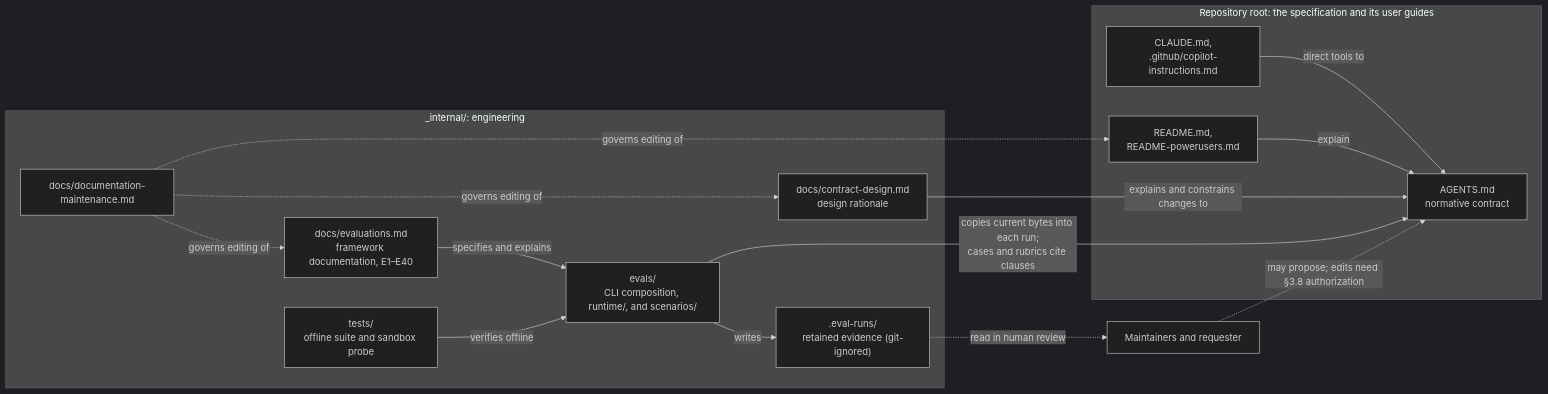
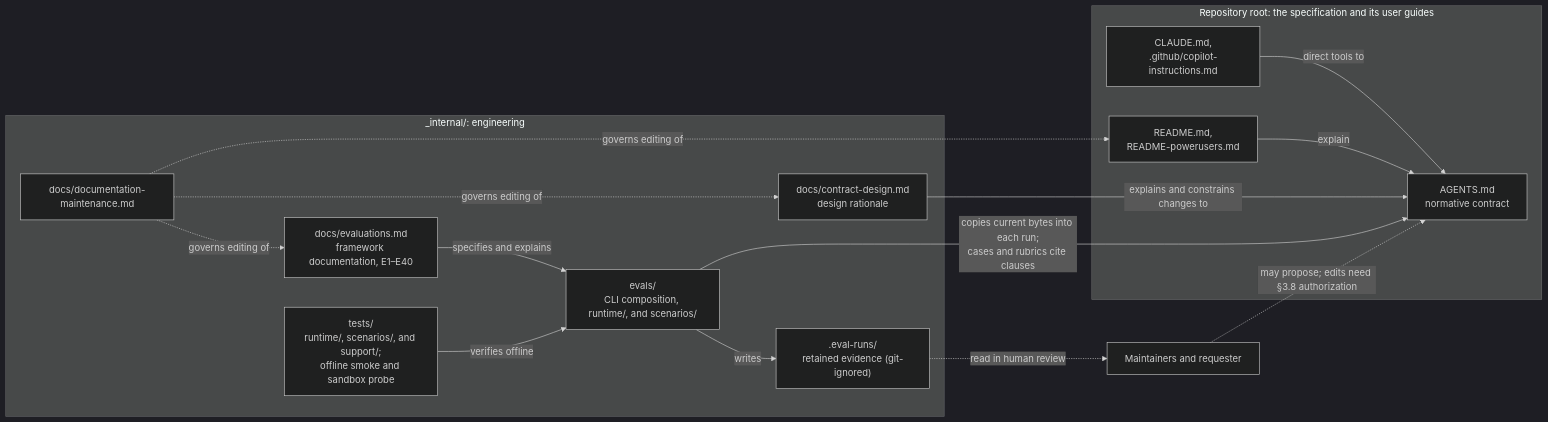
Before and after one commit to indisoluble/AGENTS-spec: the diagram in _internal/docs/architecture.md, drawn with Mermaid (dark theme). The commit also changed 26 other files, not shown here.

Commit message:
Group offline tests into runtime, scenarios, and support packages

````diff
--- a/_internal/docs/architecture.md
+++ b/_internal/docs/architecture.md
@@ -19,28 +19,28 @@
 ```mermaid
 flowchart LR
   subgraph Root["Repository root: the specification and its user guides"]
     A["AGENTS.md<br/>normative contract"]
     BR["CLAUDE.md,<br/>.github/copilot-instructions.md"]
     G["README.md,<br/>README-powerusers.md"]
   end
   subgraph Internal["_internal/: engineering"]
     CD["docs/contract-design.md<br/>design rationale"]
     EV["docs/evaluations.md<br/>framework documentation, E1–E40"]
     DM["docs/documentation-maintenance.md"]
     PKG["evals/<br/>CLI composition, runtime/, and scenarios/"]
-    T["tests/<br/>offline suite and sandbox probe"]
+    T["tests/<br/>runtime/, scenarios/, and support/;<br/>offline smoke and sandbox probe"]
     RUNS[".eval-runs/<br/>retained evidence (git-ignored)"]
   end
   BR -->|direct tools to| A
   G -->|explain| A
   CD -->|explains and constrains changes to| A
   PKG -->|copies current bytes into each run;<br/>cases and rubrics cite clauses| A
   EV -->|specifies and explains| PKG
   T -->|verifies offline| PKG
   PKG -->|writes| RUNS
   RUNS -.->|read in human review| H["Maintainers and requester"]
   H -.->|"may propose; edits need §3.8 authorization"| A
   DM -.->|governs editing of| CD
   DM -.->|governs editing of| EV
   DM -.->|governs editing of| G
 ```
````
